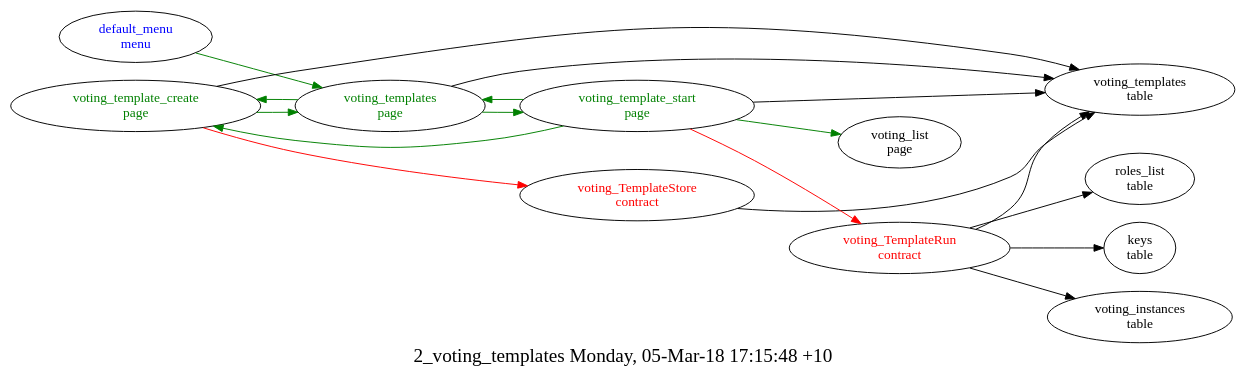
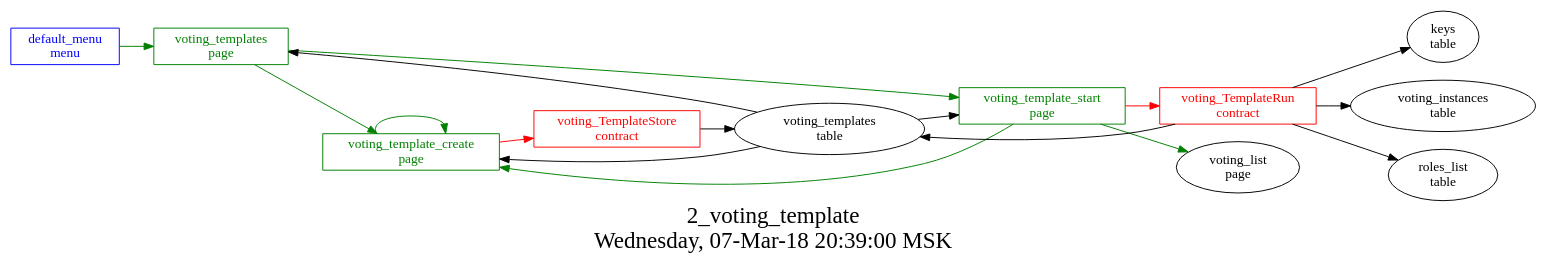
One commit to AplaProject/apps changed the diagram in src/basic/basic_main/2_voting_templates/struct.dot. Above: the diagram before and after it, drawn with Graphviz. The commit also changed 14 other files, not shown here.

```diff
--- a/src/basic/basic_main/2_voting_templates/struct.dot
+++ b/src/basic/basic_main/2_voting_templates/struct.dot
@@ -1,29 +1,33 @@
 digraph G {
-fontsize="20.0";
-label="2_voting_templates Monday, 05-Mar-18 17:15:48 +10";
-rankdir=LR;
-"voting_TemplateRun\ncontract" -> "voting_templates\ntable"
-"voting_TemplateRun\ncontract" -> "keys\ntable"
-"voting_TemplateRun\ncontract" -> "voting_instances\ntable"
-"voting_TemplateRun\ncontract" -> "roles_list\ntable"
-"voting_TemplateRun\ncontract" [fontcolor=red, group=contracts];
-"voting_TemplateStore\ncontract" -> "voting_templates\ntable"
-"voting_TemplateStore\ncontract" [fontcolor=red, group=contracts];
+graph [
+  fontsize="24";
+  label="2_voting_template\nWednesday, 07-Mar-18 20:39:00 MSK";
+  nojustify=true;
+  ordering=out;
+  rankdir=LR;
+  size="30";
+];
 "default_menu\nmenu" -> "voting_templates\npage"  [ color=green ]
-"default_menu\nmenu" [fontcolor=blue, group=menus];
+"default_menu\nmenu" [color=blue, fontcolor=blue, group=menus, shape=record];
 "voting_template_create\npage" -> "voting_TemplateStore\ncontract"  [ color=red ]
-"voting_template_create\npage" -> "voting_templates\ntable"
-"voting_template_create\npage" -> "voting_templates\npage"  [ color=green ]
-"voting_template_create\npage" [fontcolor=green, group=pages];
+"voting_templates\ntable" -> "voting_template_create\npage"  [ color="" ]
+"voting_template_create\npage" -> "voting_template_create\npage"  [ color=green ]
+"voting_template_create\npage" [color=green, fontcolor=green, group=pages, shape=record];
 "voting_template_start\npage" -> "voting_TemplateRun\ncontract"  [ color=red ]
-"voting_template_start\npage" -> "voting_templates\ntable"
+"voting_templates\ntable" -> "voting_template_start\npage"  [ color="" ]
 "voting_template_start\npage" -> "voting_template_create\npage"  [ color=green ]
-"voting_template_start\npage" -> "voting_templates\npage"  [ color=green ]
 "voting_template_start\npage" -> "voting_list\npage"  [ color=green ]
-"voting_template_start\npage" [fontcolor=green, group=pages];
-"voting_templates\npage" -> "voting_templates\ntable"
+"voting_template_start\npage" [color=green, fontcolor=green, group=pages, shape=record];
+"voting_templates\ntable" -> "voting_templates\npage"  [ color="" ]
 "voting_templates\npage" -> "voting_template_start\npage"  [ color=green ]
 "voting_templates\npage" -> "voting_template_create\npage"  [ color=green ]
-"voting_templates\npage" [fontcolor=green, group=pages];
-"voting_templates\ntable" [group=tables];
+"voting_templates\npage" [color=green, fontcolor=green, group=pages, shape=record];
+"voting_TemplateRun\ncontract" -> "voting_templates\ntable"  [ color="" ]
+"voting_TemplateRun\ncontract" -> "keys\ntable"  [ color="" ]
+"voting_TemplateRun\ncontract" -> "voting_instances\ntable"  [ color="" ]
+"voting_TemplateRun\ncontract" -> "roles_list\ntable"  [ color="" ]
+"voting_TemplateRun\ncontract" [color=red, fontcolor=red, group=contracts, shape=record];
+"voting_TemplateStore\ncontract" -> "voting_templates\ntable"  [ color="" ]
+"voting_TemplateStore\ncontract" [color=red, fontcolor=red, group=contracts, shape=record];
+"voting_templates\ntable" [color="", fontcolor="", group=tables, shape=""];
 }
```
